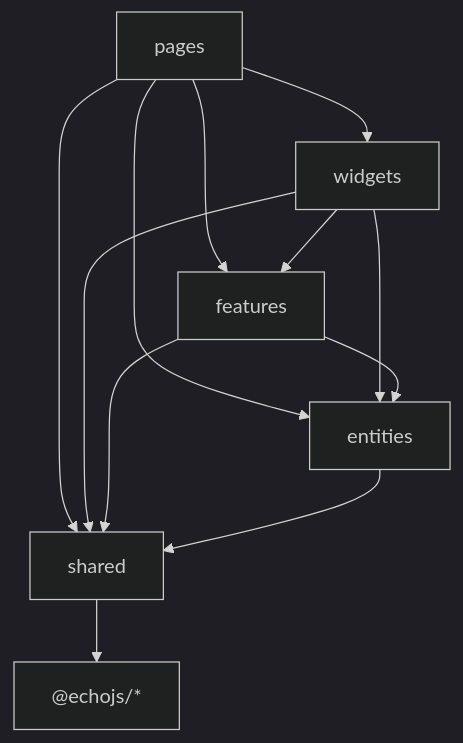
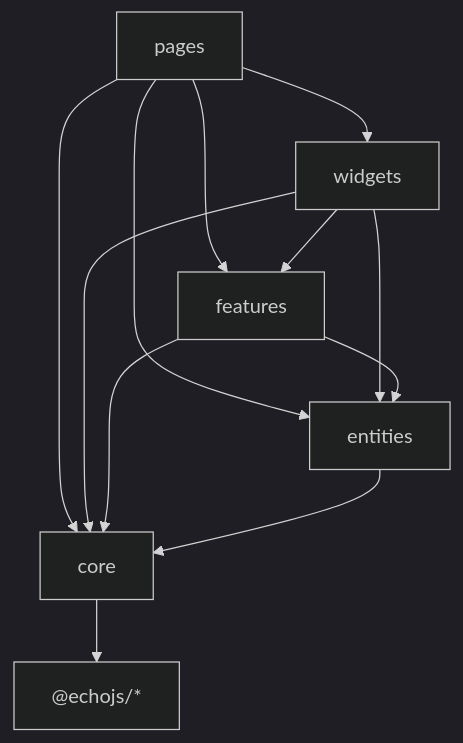
One commit to echojs-ecosystem/echojs-core changed the diagram in apps/docs/src/content/architecture/dependency-flow.md. Above: the diagram before and after it, drawn with Mermaid (dark theme). The commit also changed other lines of this file and 138 other files, not shown here.

````diff
--- a/apps/docs/src/content/architecture/dependency-flow.md
+++ b/apps/docs/src/content/architecture/dependency-flow.md
@@ -21,14 +21,14 @@
 ```mermaid
 flowchart TB
   pages --> widgets
   pages --> features
   pages --> entities
-  pages --> shared
+  pages --> core
   widgets --> features
   widgets --> entities
-  widgets --> shared
+  widgets --> core
   features --> entities
-  features --> shared
-  entities --> shared
-  shared --> echojs["@echojs/*"]
+  features --> core
+  entities --> core
+  core --> echojs["@echojs/*"]
 ```
````
